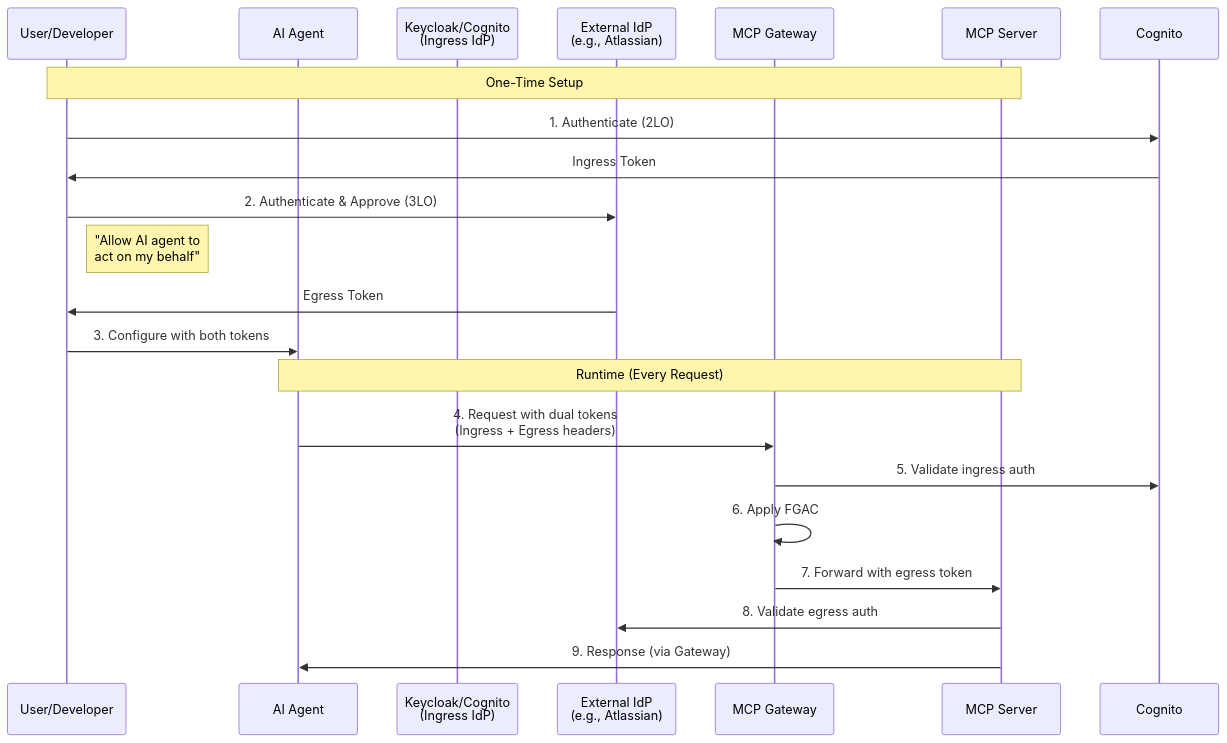
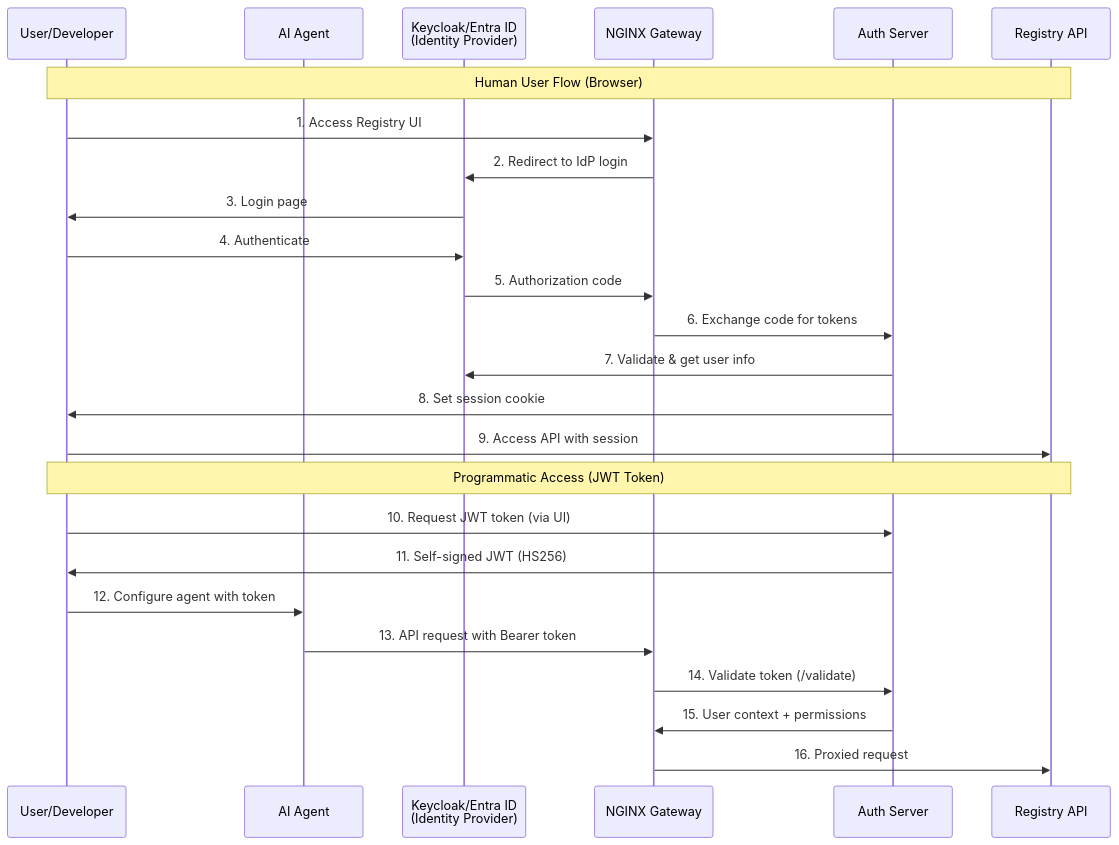
The first of 3 diagrams in docs/auth.md (dheerajoruganty/mcp-gateway-registry), drawn with Mermaid before and after one commit. The commit also changed other lines of this file and 57 other files, not shown here.

First line of the commit message:
feat: Multi-Provider IAM Support for Keycloak and Microsoft Entra ID (#378)

````diff
--- a/docs/auth.md
+++ b/docs/auth.md
@@ -333,29 +63,31 @@
 ```mermaid
 sequenceDiagram
     participant User as User/Developer
     participant Agent as AI Agent
-    participant Auth as Keycloak/Cognito<br/>(Ingress IdP)
-    participant ExtIdP as External IdP<br/>(e.g., Atlassian)
-    participant Gateway as MCP Gateway
-    participant MCPServer as MCP Server
-    
-    Note over User,MCPServer: One-Time Setup
-    
-    User->>Cognito: 1. Authenticate (2LO)
-    Cognito->>User: Ingress Token
-    
-    User->>ExtIdP: 2. Authenticate & Approve (3LO)
-    Note right of User: "Allow AI agent to<br/>act on my behalf"
-    ExtIdP->>User: Egress Token
-    
-    User->>Agent: 3. Configure with both tokens
-    
-    Note over Agent,MCPServer: Runtime (Every Request)
-    
-    Agent->>Gateway: 4. Request with dual tokens<br/>(Ingress + Egress headers)
-    Gateway->>Cognito: 5. Validate ingress auth
-    Gateway->>Gateway: 6. Apply FGAC
-    Gateway->>MCPServer: 7. Forward with egress token
-    MCPServer->>ExtIdP: 8. Validate egress auth
-    MCPServer->>Agent: 9. Response (via Gateway)
+    participant Auth as Keycloak/Entra ID<br/>(Identity Provider)
+    participant Gateway as NGINX Gateway
+    participant AuthServer as Auth Server
+    participant Registry as Registry API
+
+    Note over User,Registry: Human User Flow (Browser)
+
+    User->>Gateway: 1. Access Registry UI
+    Gateway->>Auth: 2. Redirect to IdP login
+    Auth->>User: 3. Login page
+    User->>Auth: 4. Authenticate
+    Auth->>Gateway: 5. Authorization code
+    Gateway->>AuthServer: 6. Exchange code for tokens
+    AuthServer->>Auth: 7. Validate & get user info
+    AuthServer->>User: 8. Set session cookie
+    User->>Registry: 9. Access API with session
+
+    Note over User,Registry: Programmatic Access (JWT Token)
+
+    User->>AuthServer: 10. Request JWT token (via UI)
+    AuthServer->>User: 11. Self-signed JWT (HS256)
+    User->>Agent: 12. Configure agent with token
+    Agent->>Gateway: 13. API request with Bearer token
+    Gateway->>AuthServer: 14. Validate token (/validate)
+    AuthServer->>Gateway: 15. User context + permissions
+    Gateway->>Registry: 16. Proxied request
 ```
````
